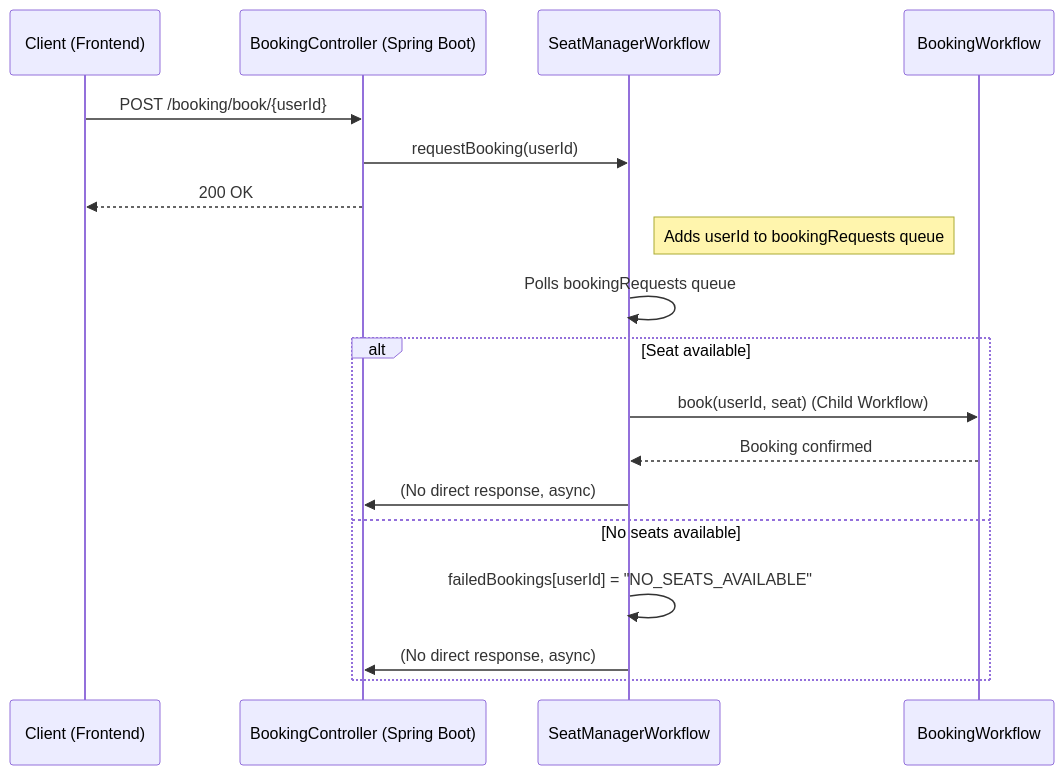
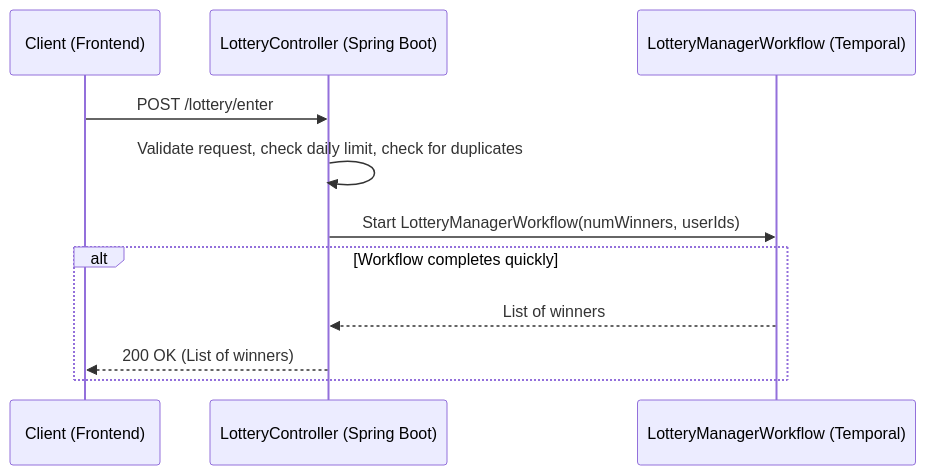
One commit to michael-oswald/20-temporal-apps changed the second of 2 diagrams in 20-apps/app-5-lottery-system/README.md. Above: the diagram before and after it, drawn with Mermaid. The commit also changed other lines of this file, not shown here.

Commit message:
add mermaid sd diagrams

````diff
--- a/20-apps/app-5-lottery-system/README.md
+++ b/20-apps/app-5-lottery-system/README.md
@@ -36,21 +50,14 @@
 ```mermaid
 sequenceDiagram
     participant Client as Client (Frontend)
-    participant API as BookingController (Spring Boot)
-    participant SeatMgr as SeatManagerWorkflow
-    participant BookingWF as BookingWorkflow
-
-    Client->>API: POST /booking/book/{userId}
-    API->>SeatMgr: requestBooking(userId)
-    API-->>Client: 200 OK
-    Note right of SeatMgr: Adds userId to bookingRequests queue
-    SeatMgr->>SeatMgr: Polls bookingRequests queue
-    alt Seat available
-        SeatMgr->>BookingWF: book(userId, seat) (Child Workflow)
-        BookingWF-->>SeatMgr: Booking confirmed
-        SeatMgr->>API: (No direct response, async)
-    else No seats available
-        SeatMgr->>SeatMgr: failedBookings[userId] = "NO_SEATS_AVAILABLE"
-        SeatMgr->>API: (No direct response, async)
+    participant API as LotteryController (Spring Boot)
+    participant Temporal as LotteryManagerWorkflow (Temporal)
+    
+    Client->>API: POST /lottery/enter
+    API->>API: Validate request, check daily limit, check for duplicates
+    API->>Temporal: Start LotteryManagerWorkflow(numWinners, userIds)
+    alt Workflow completes quickly
+        Temporal-->>API: List of winners
+        API-->>Client: 200 OK (List of winners)
     end
 ```
````
